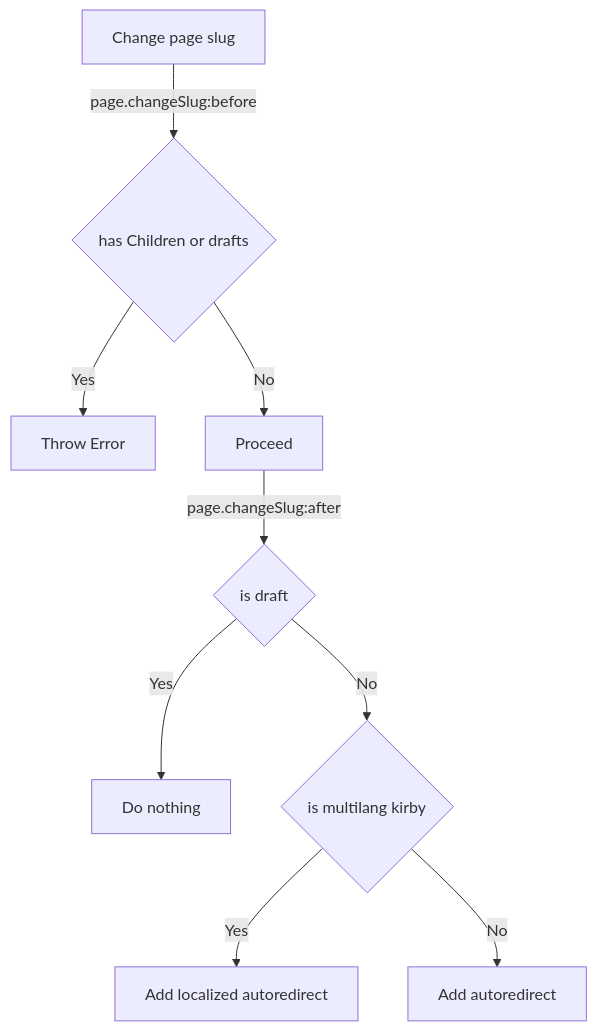
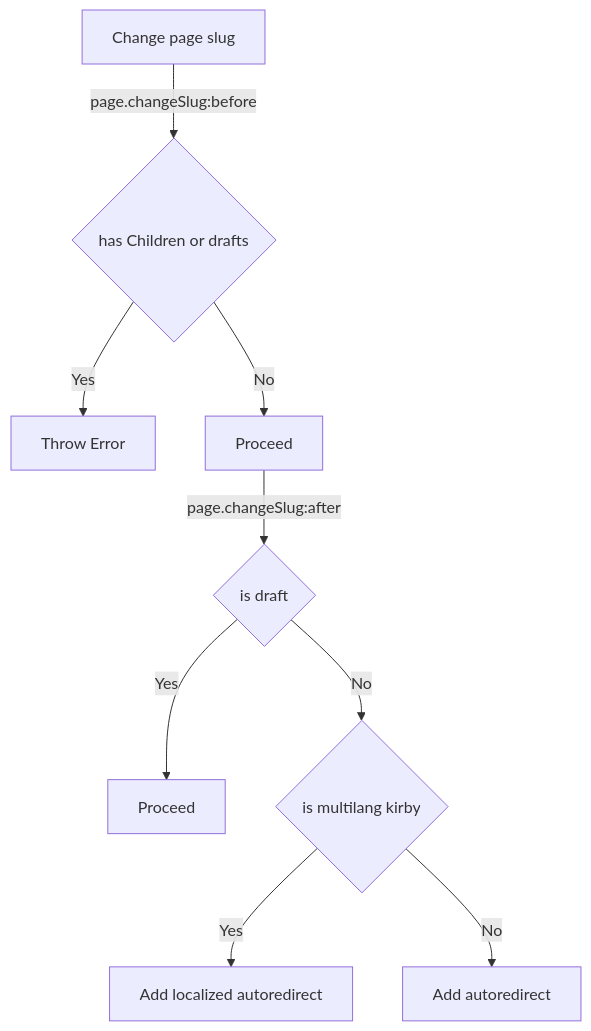
Before and after one commit to bvdputte/kirby-redirects: the second of 5 diagrams in readme.md, drawn with Mermaid. The commit also changed other lines of this file, not shown here.

````diff
--- a/readme.md
+++ b/readme.md
@@ -82,13 +82,13 @@
 ```mermaid
 graph TD
     A[Change page slug] -->|page.changeSlug:before| B
     B{has Children or drafts}
     B --> |Yes| C[Throw Error]
     B --> |No| D[Proceed]
     D -->|page.changeSlug:after| E
     E{is draft}
-    E -->|Yes| F[Do nothing]
+    E -->|Yes| F[Proceed]
     E -->|No| G{is multilang kirby}
     G -->|Yes| H[Add localized autoredirect]
     G -->|No| I[Add autoredirect]
 ```
````
